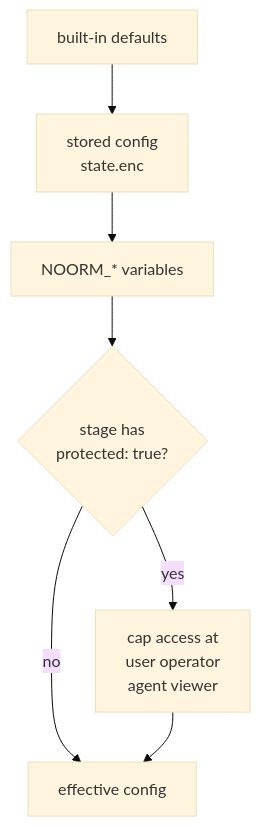
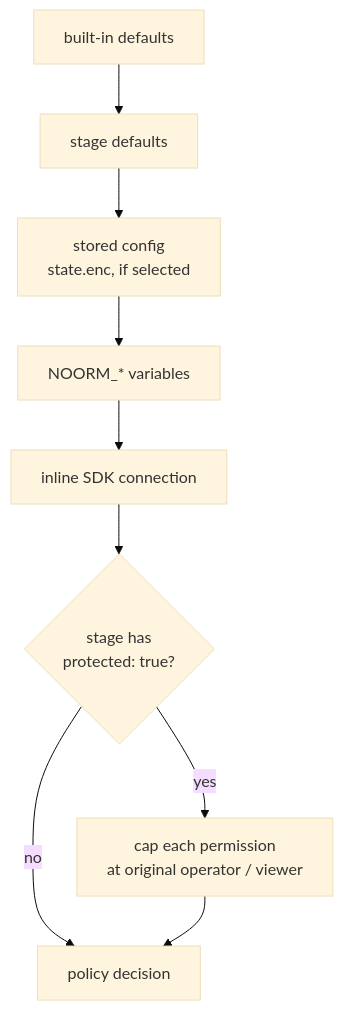
The diagram in docs/guide/environments/stages.md (noormdev/noorm), drawn with Mermaid (base theme) before and after one commit. The commit also changed other lines of this file and 557 other files, not shown here.

````diff
--- a/docs/guide/environments/stages.md
+++ b/docs/guide/environments/stages.md
@@ -54,9 +56,11 @@
 ```mermaid
 flowchart TD
-    D["built-in defaults"] --> C["stored config<br/>state.enc"]
+    D["built-in defaults"] --> S["stage defaults"]
+    S --> C["stored config<br/>state.enc, if selected"]
     C --> E["NOORM_* variables"]
-    E --> P{"stage has<br/>protected: true?"}
-    P -->|yes| K["cap access at<br/>user operator<br/>agent viewer"]
-    P -->|no| R["effective config"]
+    E --> I["inline SDK connection"]
+    I --> P{"stage has<br/>protected: true?"}
+    P -->|yes| K["cap each permission<br/>at original operator / viewer"]
+    P -->|no| R["policy decision"]
     K --> R
 ```
````
